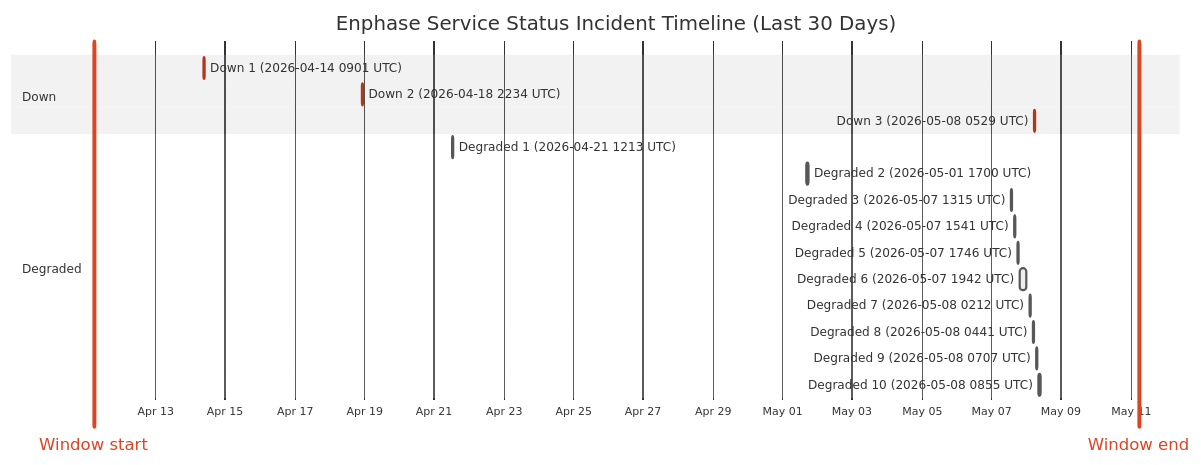
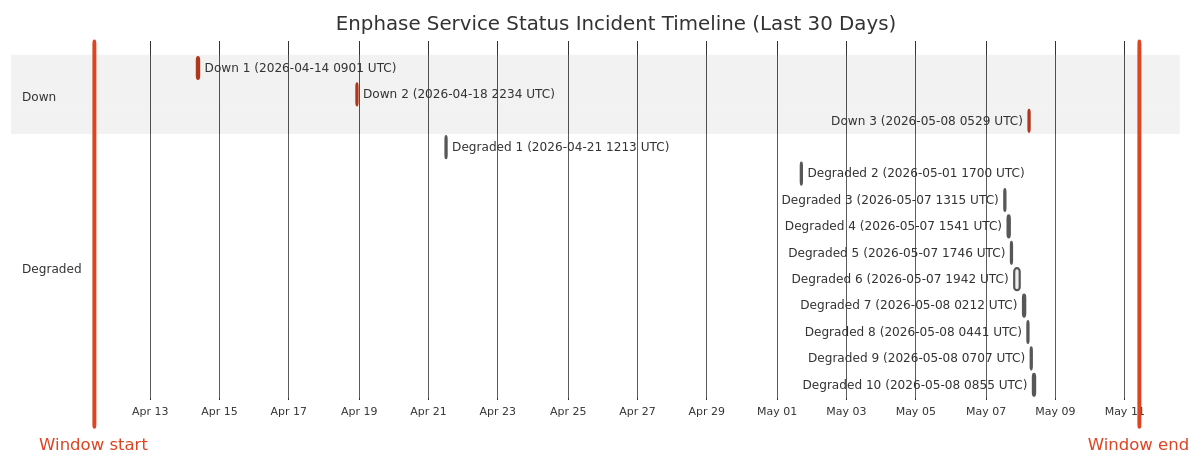
Before and after one commit to barneyonline/ha-enphase-ev-charger: the diagram in wiki/Service-Status-History.md, drawn with Mermaid (neutral theme). The commit also changed other lines of this file and 3 other files, not shown here.

````diff
--- a/wiki/Service-Status-History.md
+++ b/wiki/Service-Status-History.md
@@ -14,23 +14,23 @@
 ```mermaid
 gantt
     title Enphase Service Status Incident Timeline (Last 30 Days)
     dateFormat  YYYY-MM-DDTHH:mm:ss
     axisFormat  %b %d
-    Window start :vert, window-start, 2026-04-11T05:31:14, 0ms
-    Window end :vert, window-end, 2026-05-11T05:31:14, 0ms
+    Window start :vert, window-start, 2026-04-11T09:36:59, 0ms
+    Window end :vert, window-end, 2026-05-11T09:36:59, 0ms
     section Down
     Down 1 (2026-04-14 0901 UTC) :crit, down-1, 2026-04-14T09:01:13, 60m
     Down 2 (2026-04-18 2234 UTC) :crit, down-2, 2026-04-18T22:34:13, 60m
     Down 3 (2026-05-08 0529 UTC) :crit, down-3, 2026-05-08T05:29:47, 60m
     section Degraded
     Degraded 1 (2026-04-21 1213 UTC) :active, degraded-1, 2026-04-21T12:13:11, 60m
     Degraded 2 (2026-05-01 1700 UTC) :active, degraded-2, 2026-05-01T17:00:22, 60m
     Degraded 3 (2026-05-07 1315 UTC) :active, degraded-3, 2026-05-07T13:15:25, 60m
     Degraded 4 (2026-05-07 1541 UTC) :active, degraded-4, 2026-05-07T15:41:58, 60m
     Degraded 5 (2026-05-07 1746 UTC) :active, degraded-5, 2026-05-07T17:46:51, 60m
     Degraded 6 (2026-05-07 1942 UTC) :active, degraded-6, 2026-05-07T19:42:10, 249m
     Degraded 7 (2026-05-08 0212 UTC) :active, degraded-7, 2026-05-08T02:12:39, 60m
     Degraded 8 (2026-05-08 0441 UTC) :active, degraded-8, 2026-05-08T04:41:46, 60m
     Degraded 9 (2026-05-08 0707 UTC) :active, degraded-9, 2026-05-08T07:07:30, 60m
     Degraded 10 (2026-05-08 0855 UTC) :active, degraded-10, 2026-05-08T08:55:20, 88m
 ```
````
